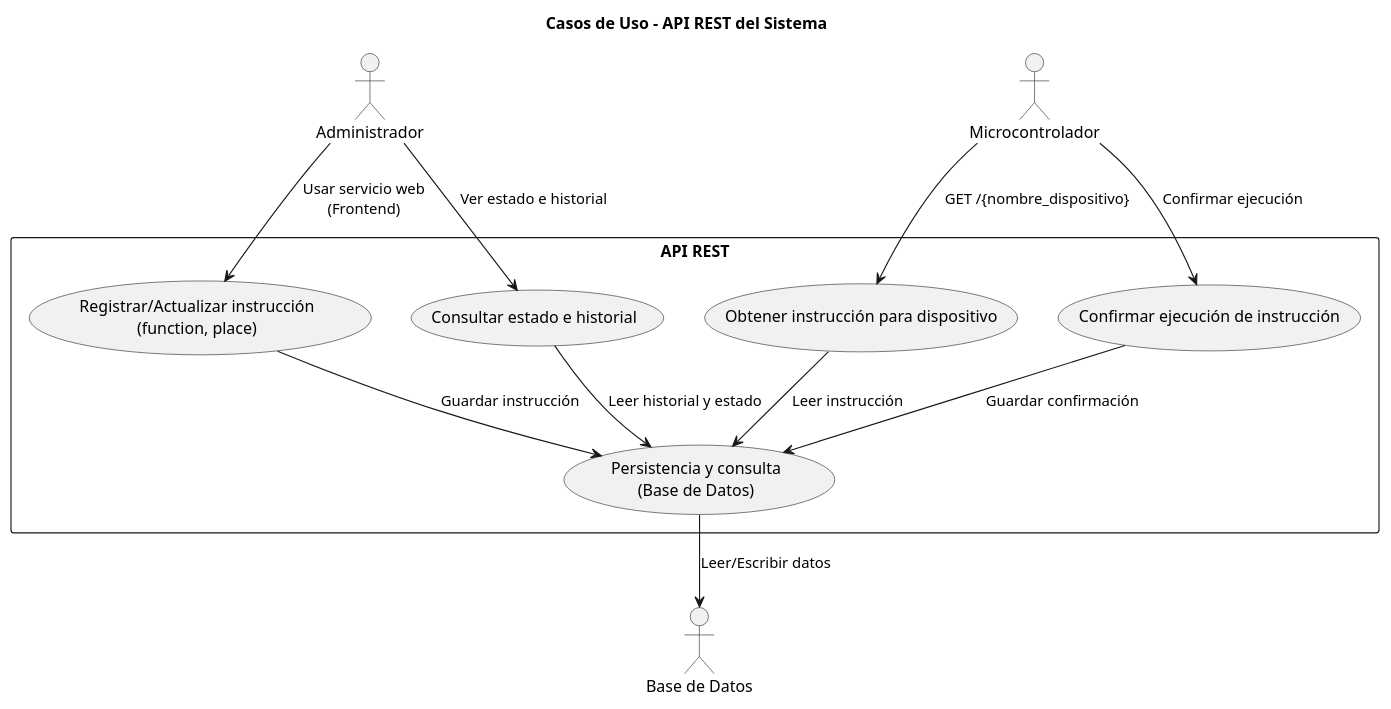
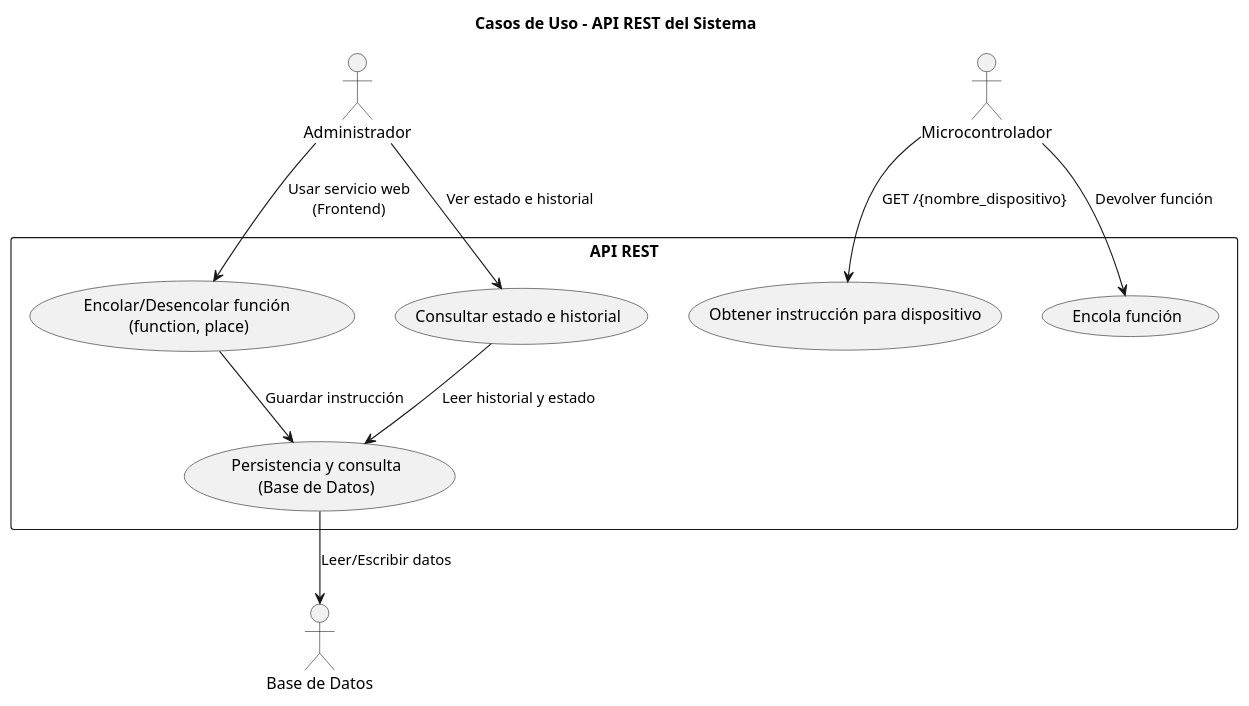
One commit to DavidGomezDelgado/Disvise changed the diagram in disvise/casos_de_uso.puml. Above: the diagram before and after it, drawn with PlantUML. The commit also changed 8 other files, not shown here.

```diff
--- a/disvise/casos_de_uso.puml
+++ b/disvise/casos_de_uso.puml
@@ -1,31 +1,29 @@
 @startuml
 
 title Casos de Uso - API REST del Sistema
 
 actor Administrador
 actor Microcontrolador
 actor "Base de Datos" as DB
 
 rectangle "API REST" {
 
-  usecase "Registrar/Actualizar instrucción\n(function, place)" as UC1
+  usecase "Encolar/Desencolar función \n(function, place)" as UC1
   usecase "Obtener instrucción para dispositivo" as UC2
-  usecase "Confirmar ejecución de instrucción" as UC3
+  usecase "Encola función" as UC3
   usecase "Consultar estado e historial" as UC6
   usecase "Persistencia y consulta\n(Base de Datos)" as UC5
 }
 
 Administrador --> UC1 : Usar servicio web\n(Frontend)
 Administrador --> UC6 : Ver estado e historial
 
 Microcontrolador --> UC2 : GET /{nombre_dispositivo}
-Microcontrolador --> UC3 : Confirmar ejecución
+Microcontrolador --> UC3 : Devolver función
 
 UC1 --> UC5 : Guardar instrucción
-UC2 --> UC5 : Leer instrucción
-UC3 --> UC5 : Guardar confirmación
 UC6 --> UC5 : Leer historial y estado
 
 UC5 --> DB : Leer/Escribir datos
 
 @enduml
```
